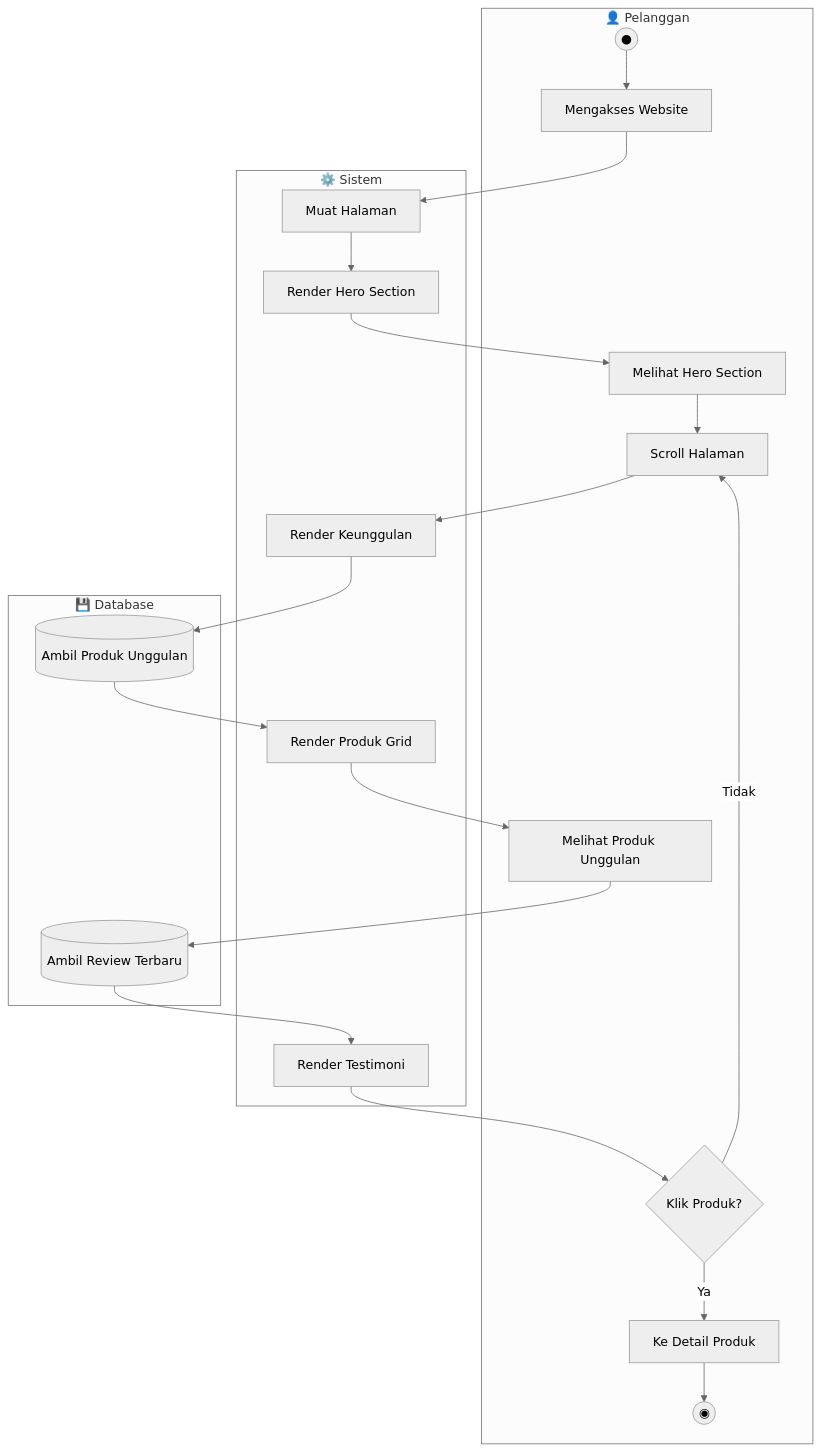
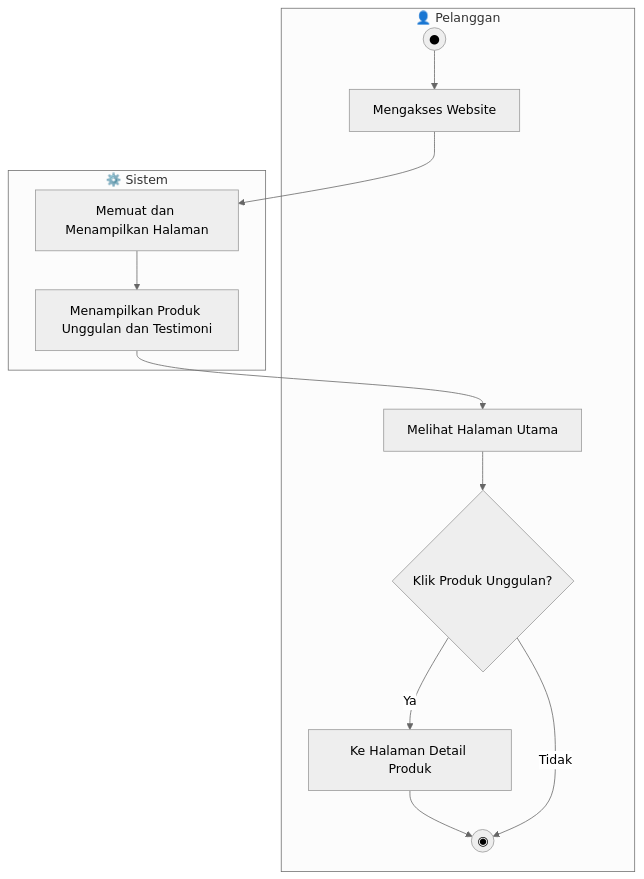
Before and after one commit to mustarisyahding07-spec/WEBSITE_SKRIPSI_MUSTARI: the first of 17 diagrams in docs/ACTIVITY_DIAGRAMS.md, drawn with Mermaid (neutral theme). The commit also changed other lines of this file, not shown here.

Commit message:
docs: simplify activity diagrams and add academic explanations

````diff
--- a/docs/ACTIVITY_DIAGRAMS.md
+++ b/docs/ACTIVITY_DIAGRAMS.md
@@ -40,42 +44,25 @@
 ```mermaid
 flowchart TD
     subgraph Pelanggan["👤 Pelanggan"]
         P1((●))
         P2[Mengakses Website]
-        P3[Melihat Hero Section]
-        P4[Scroll Halaman]
-        P5[Melihat Produk Unggulan]
-        P6{Klik Produk?}
-        P7[Ke Detail Produk]
-        P8((◉))
+        P3[Melihat Halaman Utama]
+        P4{Klik Produk Unggulan?}
+        P5[Ke Halaman Detail Produk]
+        P6((◉))
     end
-    
+
     subgraph Sistem["⚙️ Sistem"]
-        S1[Muat Halaman]
-        S2[Render Hero Section]
-        S3[Render Keunggulan]
-        S4[Render Produk Grid]
-        S5[Render Testimoni]
+        S1[Memuat dan Menampilkan Halaman]
+        S2[Menampilkan Produk Unggulan dan Testimoni]
     end
-    
-    subgraph Database["💾 Database"]
-        D1[(Ambil Produk Unggulan)]
-        D2[(Ambil Review Terbaru)]
-    end
-    
+
     P1 --> P2
     P2 --> S1
     S1 --> S2
     S2 --> P3
     P3 --> P4
-    P4 --> S3
-    S3 --> D1
-    D1 --> S4
-    S4 --> P5
-    P5 --> D2
-    D2 --> S5
-    S5 --> P6
-    P6 -->|Ya| P7
-    P6 -->|Tidak| P4
-    P7 --> P8
+    P4 -->|Ya| P5
+    P5 --> P6
+    P4 -->|Tidak| P6
 ```
````
